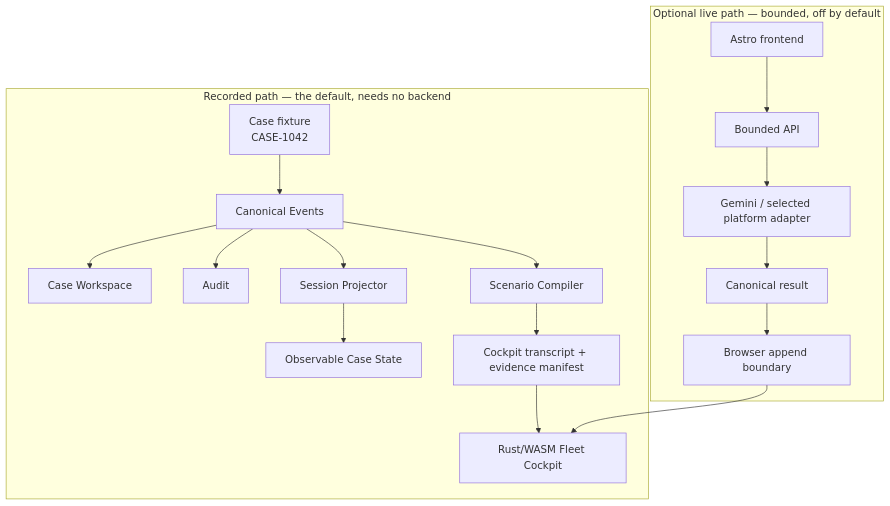
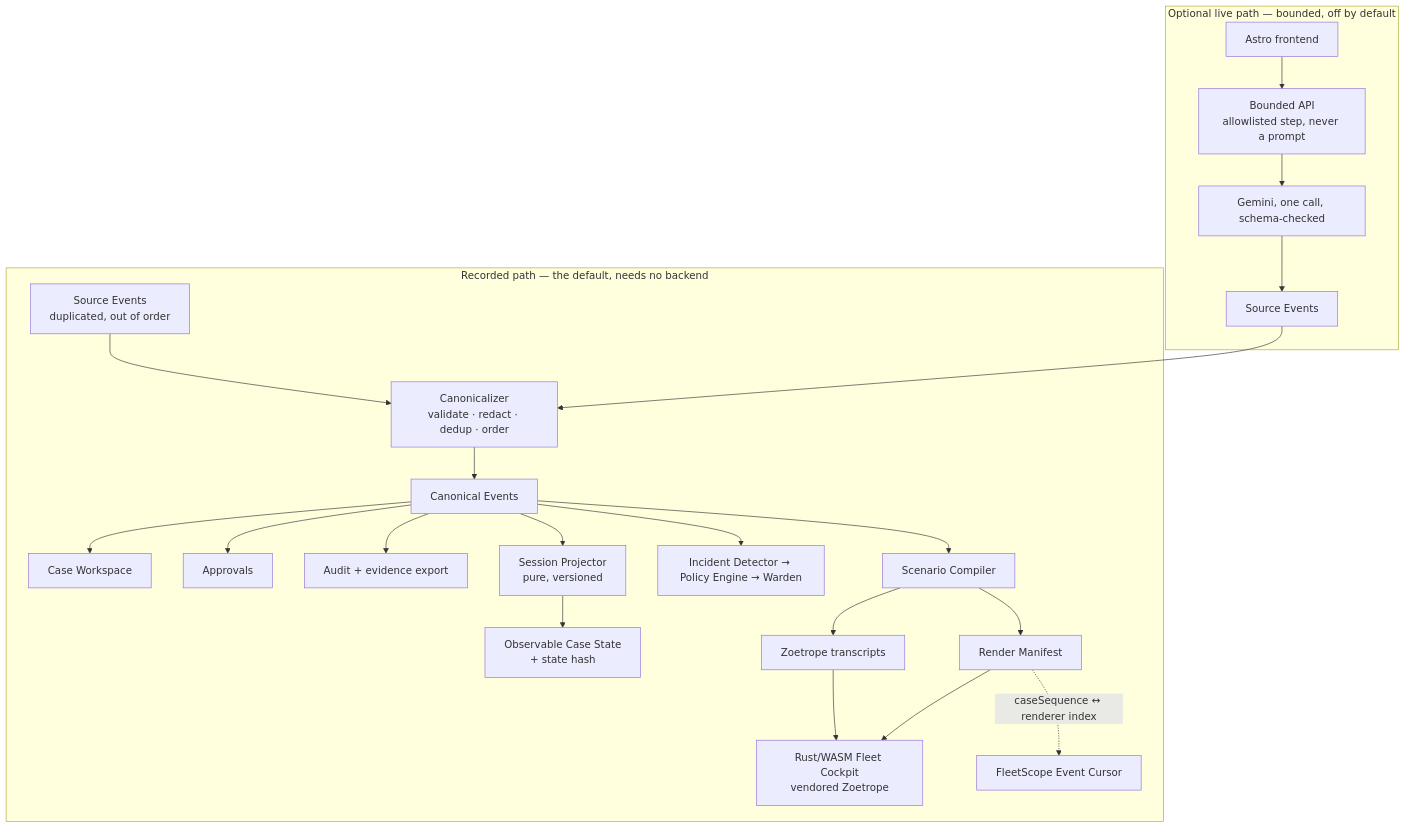
One commit to PVUIVE/FleetScope changed the diagram in README.md. Above: the diagram before and after it, drawn with Mermaid. The commit also changed other lines of this file and 6 other files, not shown here.

````diff
--- a/README.md
+++ b/README.md
@@ -15,21 +15,26 @@
 ```mermaid
 graph TD
   subgraph recorded["Recorded path — the default, needs no backend"]
-    FX[Case fixture<br/>CASE-1042] --> CE[Canonical Events]
+    SE[Source Events<br/>duplicated, out of order] --> CZ[Canonicalizer<br/>validate · redact · dedup · order]
+    CZ --> CE[Canonical Events]
     CE --> CW[Case Workspace]
-    CE --> AU[Audit]
-    CE --> PR[Session Projector]
-    PR --> OCS[Observable Case State]
+    CE --> AP[Approvals]
+    CE --> AU[Audit + evidence export]
+    CE --> PR[Session Projector<br/>pure, versioned]
+    PR --> OCS[Observable Case State<br/>+ state hash]
+    CE --> WD[Incident Detector → Policy Engine → Warden]
     CE --> SC[Scenario Compiler]
-    SC --> TR[Cockpit transcript + evidence manifest]
-    TR --> WASM[Rust/WASM Fleet Cockpit]
+    SC --> TR[Zoetrope transcripts]
+    SC --> RM[Render Manifest]
+    TR --> WASM[Rust/WASM Fleet Cockpit<br/>vendored Zoetrope]
+    RM --> WASM
+    RM -.->|caseSequence ↔ renderer index| CUR[FleetScope Event Cursor]
   end
 
   subgraph live["Optional live path — bounded, off by default"]
-    WEB[Astro frontend] --> API[Bounded API]
-    API --> GEM[Gemini / selected platform adapter]
-    GEM --> CANON[Canonical result]
-    CANON --> APPEND[Browser append boundary]
-    APPEND --> WASM
+    WEB[Astro frontend] --> API[Bounded API<br/>allowlisted step, never a prompt]
+    API --> GEM[Gemini, one call, schema-checked]
+    GEM --> SE2[Source Events]
+    SE2 --> CZ
   end
 ```
````
